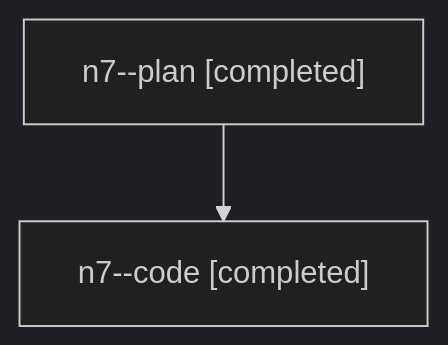
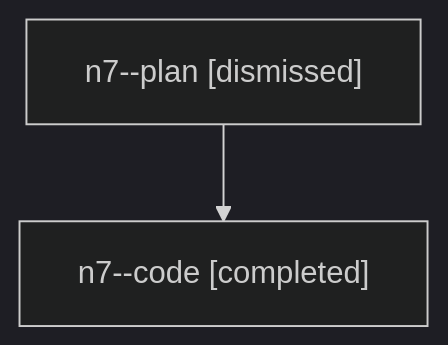
Before and after one commit to sase-org/sase--agents: the diagram in families/bbugyi200.athena.n7.md, drawn with Mermaid (dark theme). The commit also changed other lines of this file and 740 other files, not shown here.

````diff
--- a/families/bbugyi200.athena.n7.md
+++ b/families/bbugyi200.athena.n7.md
@@ -9,6 +9,6 @@
 ```mermaid
 flowchart TD
-  n0["n7--plan [completed]"]
+  n0["n7--plan [dismissed]"]
   n1["n7--code [completed]"]
   n0 --> n1
 ```
````
